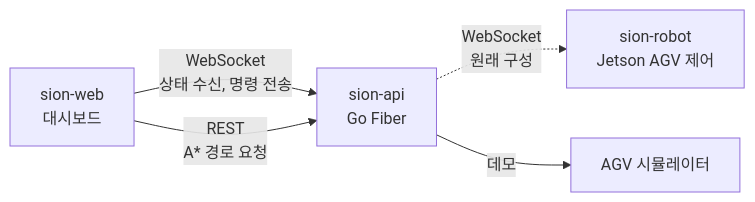
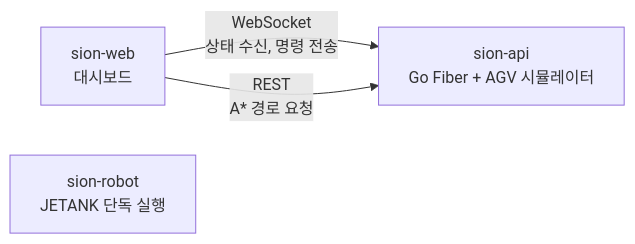
Before and after one commit to tolelom/sion-robot: the diagram in README.md, drawn with Mermaid. The commit also changed other lines of this file, not shown here.

````diff
--- a/README.md
+++ b/README.md
@@ -15,7 +17,6 @@
 ```mermaid
 flowchart LR
-    Web["sion-web<br/>대시보드"] -- "WebSocket<br/>상태 수신, 명령 전송" --> API["sion-api<br/>Go Fiber"]
+    Web["sion-web<br/>대시보드"] -- "WebSocket<br/>상태 수신, 명령 전송" --> API["sion-api<br/>Go Fiber + AGV 시뮬레이터"]
     Web -- "REST<br/>A* 경로 요청" --> API
-    API -. "WebSocket<br/>원래 구성" .-> Robot["sion-robot<br/>Jetson AGV 제어"]
-    API -- "데모" --> Sim["AGV 시뮬레이터"]
+    Robot["sion-robot<br/>JETANK 단독 실행"]
 ```
````
